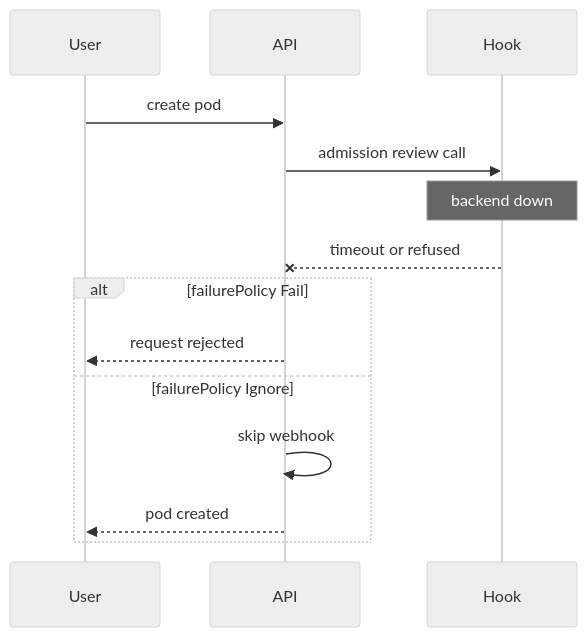
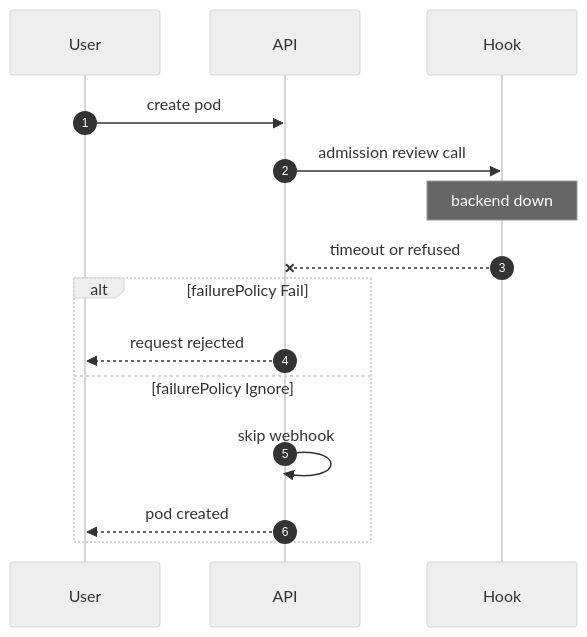
Before and after one commit to sanketsudake/k8s-worksheet: the fourth of 4 diagrams in chapters/ch02.md, drawn with Mermaid (neutral theme). The commit also changed other lines of this file, not shown here.

First line of the commit message:
ch02: bring diagrams within the print-size gate

````diff
--- a/chapters/ch02.md
+++ b/chapters/ch02.md
@@ -130,16 +135,17 @@
 ```mermaid
 sequenceDiagram
+  autonumber
   participant User
   participant API
   participant Hook
   User->>API: create pod
   API->>Hook: admission review call
   Note over Hook: backend down
   Hook--xAPI: timeout or refused
   alt failurePolicy Fail
     API-->>User: request rejected
   else failurePolicy Ignore
     API->>API: skip webhook
     API-->>User: pod created
   end
 ```
````
